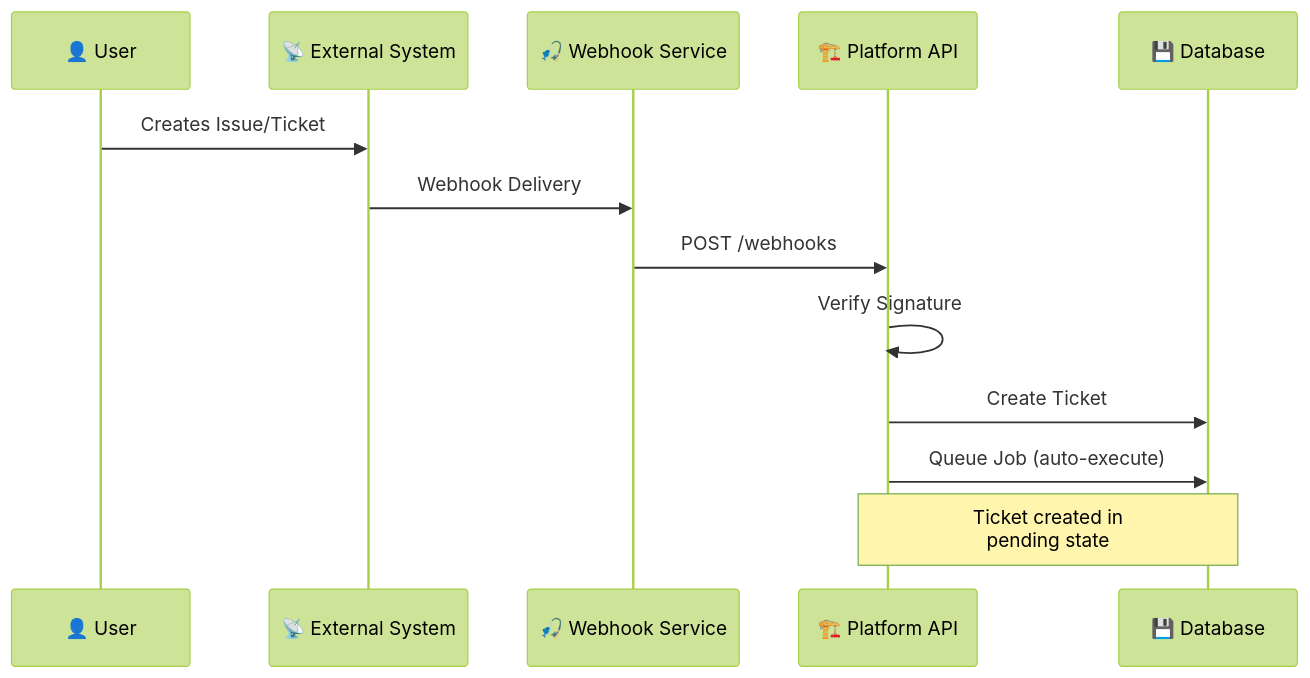
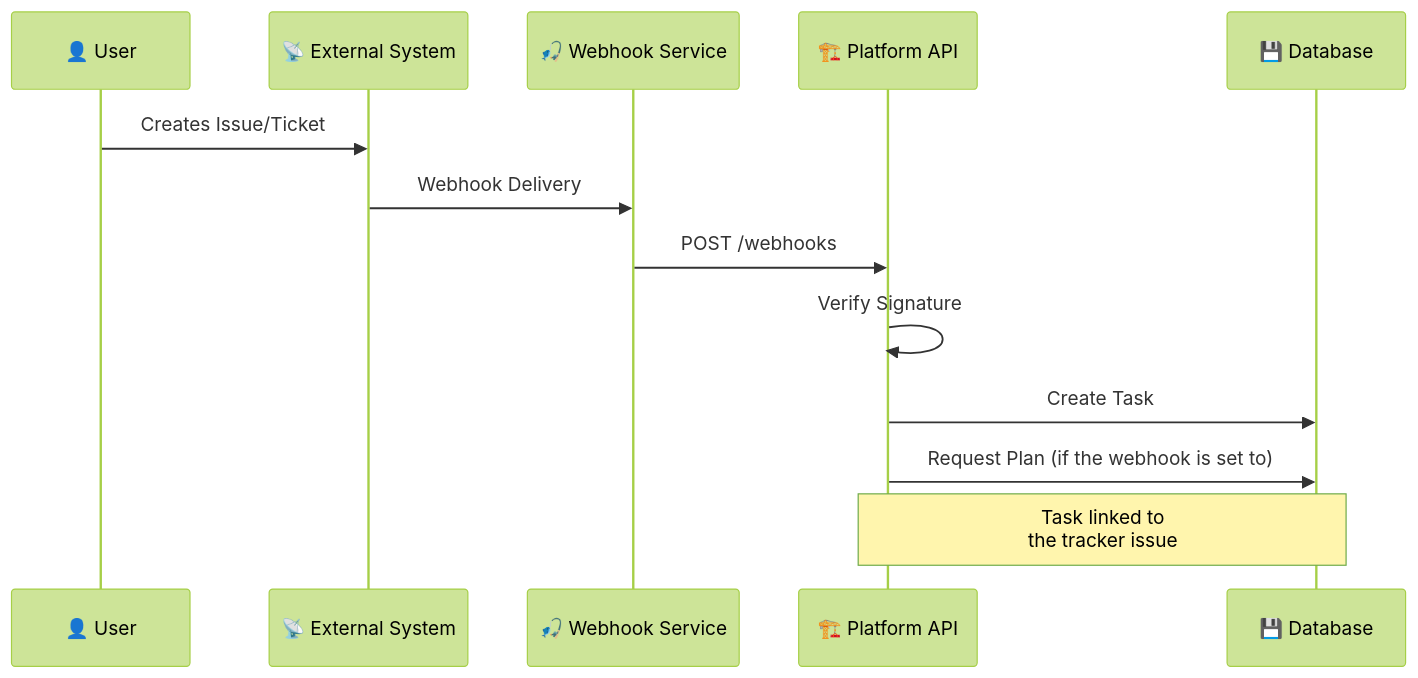
One commit to Ilities/viberglass changed the second of 5 diagrams in docs/ARCHITECTURE.md. Above: the diagram before and after it, drawn with Mermaid (forest theme). The commit also changed other lines of this file and 182 other files, not shown here.

````diff
--- a/docs/ARCHITECTURE.md
+++ b/docs/ARCHITECTURE.md
@@ -201,17 +229,17 @@
 ```mermaid
 sequenceDiagram
     participant User as 👤 User
     participant Ext as 📡 External System
     participant WH as 🎣 Webhook Service
     participant API as 🏗️ Platform API
     participant DB as 💾 Database
     
     User->>Ext: Creates Issue/Ticket
     Ext->>WH: Webhook Delivery
     WH->>API: POST /webhooks
     API->>API: Verify Signature
-    API->>DB: Create Ticket
-    API->>DB: Queue Job (auto-execute)
+    API->>DB: Create Task
+    API->>DB: Request Plan (if the webhook is set to)
     
-    Note over API,DB: Ticket created in<br/>pending state
+    Note over API,DB: Task linked to<br/>the tracker issue
 ```
````
